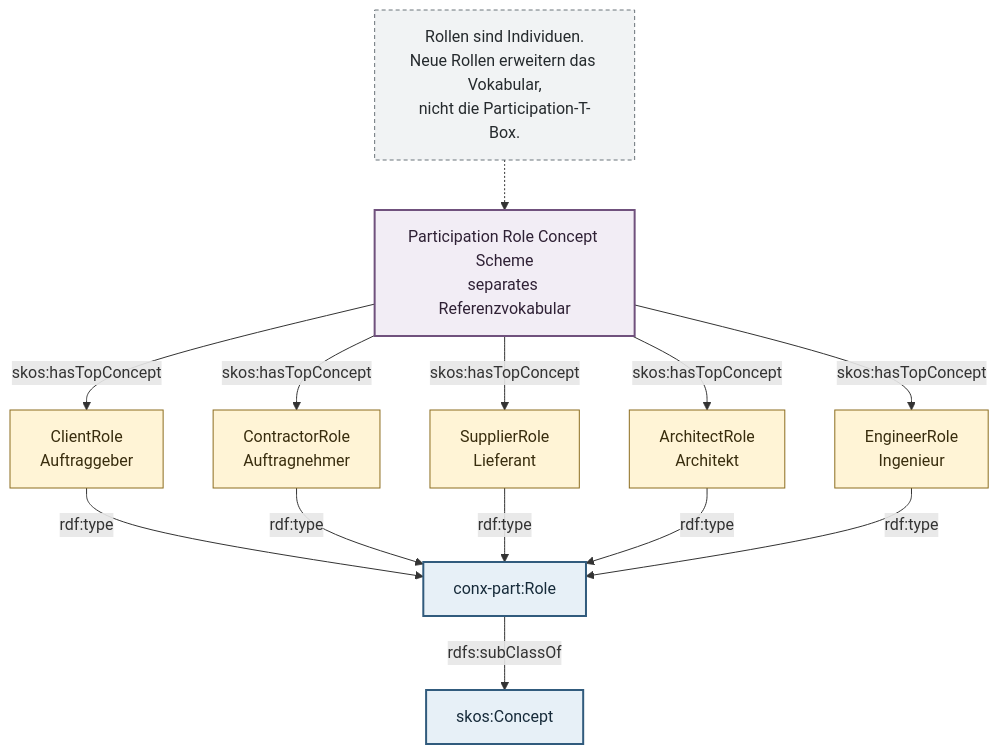
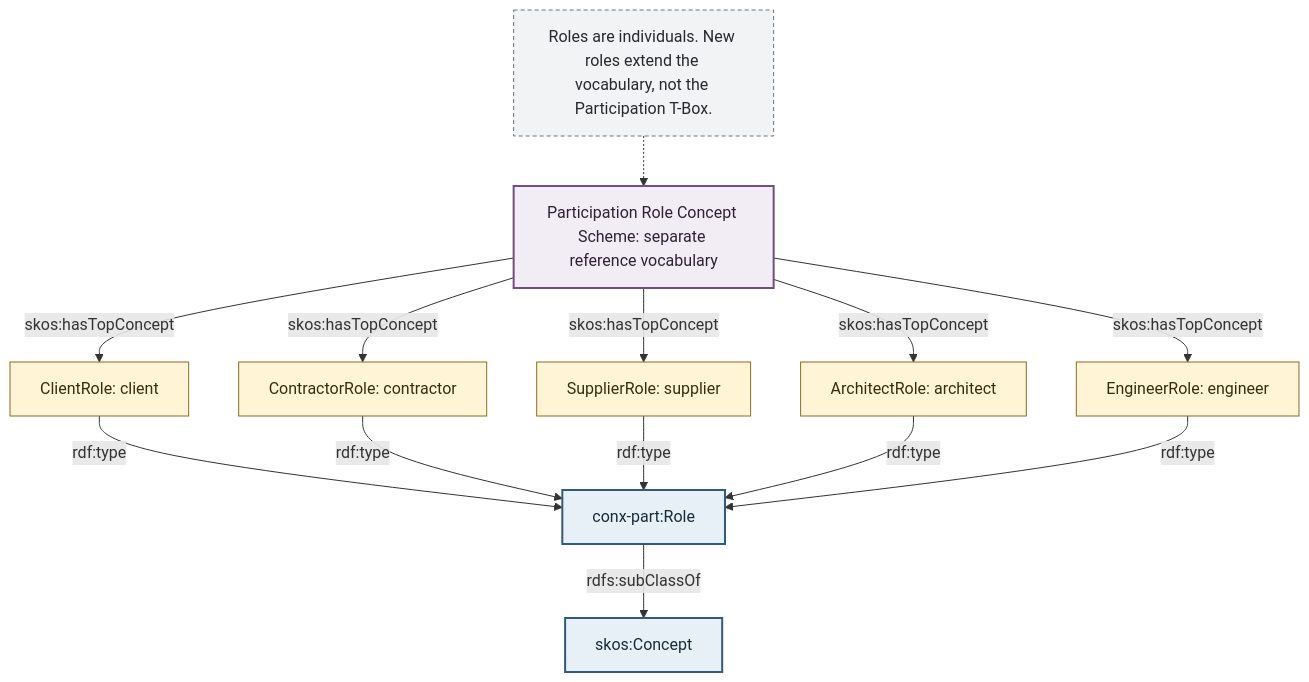
The fifth of 6 diagrams in modules/core/participation/docs/diagrams/participation-concept-model.md (project-construct-x/constructx-ontologies), drawn with Mermaid before and after one commit. The commit also changed other lines of this file and 230 other files, not shown here.

````diff
--- a/modules/core/participation/docs/diagrams/participation-concept-model.md
+++ b/modules/core/participation/docs/diagrams/participation-concept-model.md
@@ -196,38 +194,38 @@
 ```mermaid
 flowchart TB
     SkosConcept["skos:Concept"]
     RoleClass["conx-part:Role"]
-    Scheme["Participation Role Concept Scheme<br/>separates Referenzvokabular"]
+    Scheme["Participation Role Concept Scheme: separate reference vocabulary"]
 
-    Client["ClientRole<br/>Auftraggeber"]
-    Contractor["ContractorRole<br/>Auftragnehmer"]
-    Supplier["SupplierRole<br/>Lieferant"]
-    Architect["ArchitectRole<br/>Architekt"]
-    Engineer["EngineerRole<br/>Ingenieur"]
+    Client["ClientRole: client"]
+    Contractor["ContractorRole: contractor"]
+    Supplier["SupplierRole: supplier"]
+    Architect["ArchitectRole: architect"]
+    Engineer["EngineerRole: engineer"]
 
     RoleClass -->|"rdfs:subClassOf"| SkosConcept
     Scheme -->|"skos:hasTopConcept"| Client
     Scheme -->|"skos:hasTopConcept"| Contractor
     Scheme -->|"skos:hasTopConcept"| Supplier
     Scheme -->|"skos:hasTopConcept"| Architect
     Scheme -->|"skos:hasTopConcept"| Engineer
 
     Client -->|"rdf:type"| RoleClass
     Contractor -->|"rdf:type"| RoleClass
     Supplier -->|"rdf:type"| RoleClass
     Architect -->|"rdf:type"| RoleClass
     Engineer -->|"rdf:type"| RoleClass
 
-    Note["Rollen sind Individuen.<br/>Neue Rollen erweitern das Vokabular,<br/>nicht die Participation-T-Box."]
+    Note["Roles are individuals. New roles extend the vocabulary, not the Participation T-Box."]
     Note -.-> Scheme
 
     classDef classNode fill:#e7f0f7,stroke:#315b7d,color:#172b3a,stroke-width:2px;
     classDef scheme fill:#f2edf5,stroke:#70517d,color:#2f2135,stroke-width:2px;
     classDef role fill:#fff4d6,stroke:#8c6d1f,color:#392d0e;
     classDef note fill:#f1f3f4,stroke:#6b747a,color:#252a2d,stroke-dasharray:4 3;
 
     class SkosConcept,RoleClass classNode;
     class Scheme scheme;
     class Client,Contractor,Supplier,Architect,Engineer role;
     class Note note;
 ```
````
